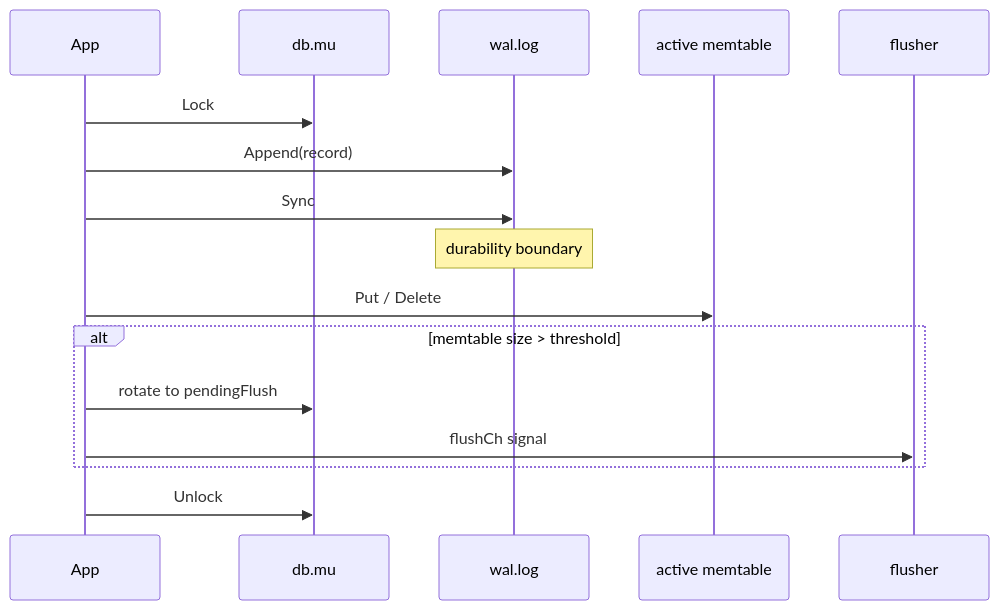
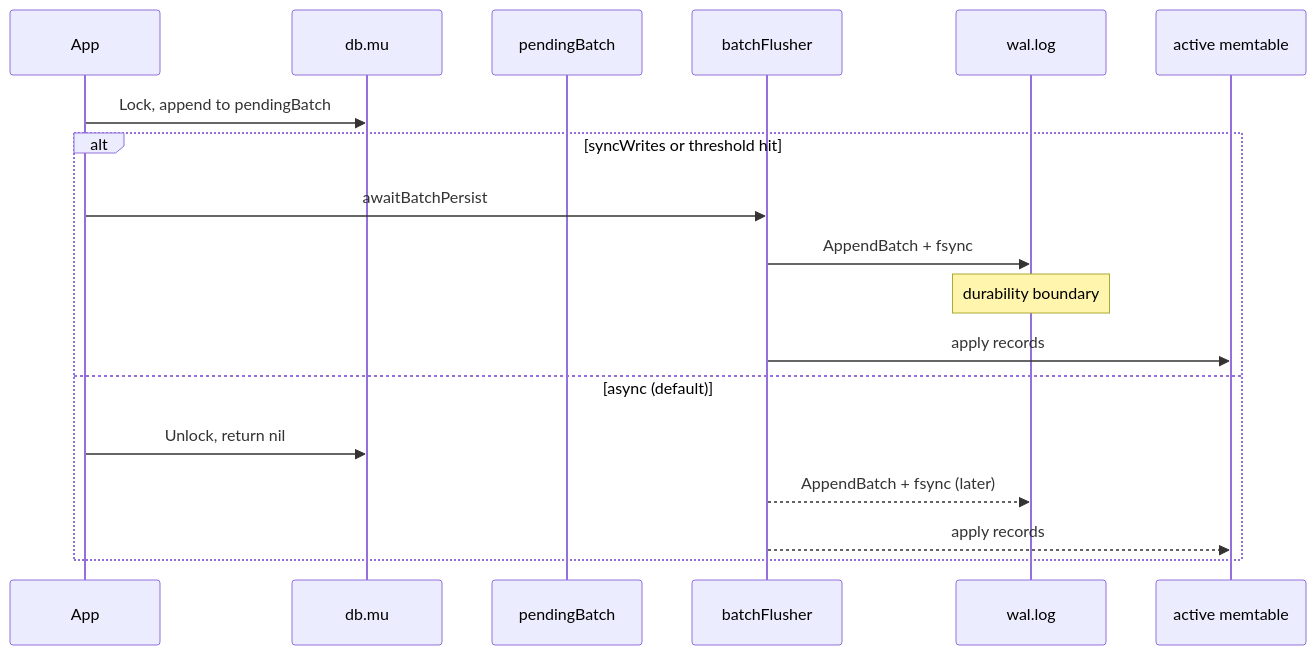
Before and after one commit to RUDRA-PRATAP-SINGH01/PebbleDB: the second of 18 diagrams in README.md, drawn with Mermaid. The commit also changed other lines of this file and 2 other files, not shown here.

First line of the commit message:
feat(cli, docs): add sync-writes flag, sync command, and durability semantics

````diff
--- a/README.md
+++ b/README.md
@@ -294,19 +303,21 @@
 ```mermaid
 sequenceDiagram
     participant App
     participant DB as db.mu
+    participant Batch as pendingBatch
+    participant BF as batchFlusher
     participant WAL as wal.log
     participant MT as active memtable
-    participant F as flusher
 
-    App->>DB: Lock
-    App->>WAL: Append(record)
-    App->>WAL: Sync
-    Note over WAL: durability boundary
-    App->>MT: Put / Delete
-    alt memtable size > threshold
-        App->>DB: rotate to pendingFlush
-        App->>F: flushCh signal
+    App->>DB: Lock, append to pendingBatch
+    alt syncWrites or threshold hit
+        App->>BF: awaitBatchPersist
+        BF->>WAL: AppendBatch + fsync
+        Note over WAL: durability boundary
+        BF->>MT: apply records
+    else async (default)
+        App->>DB: Unlock, return nil
+        BF-->>WAL: AppendBatch + fsync (later)
+        BF-->>MT: apply records
     end
-    App->>DB: Unlock
 ```
````
